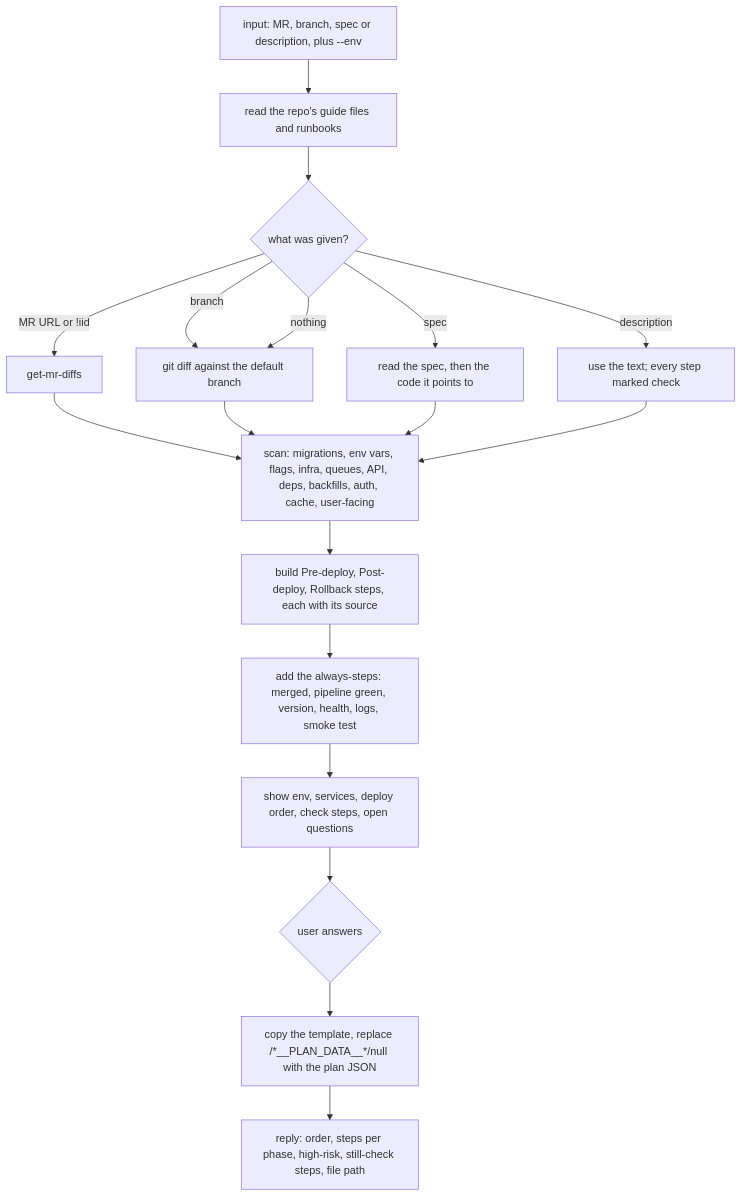
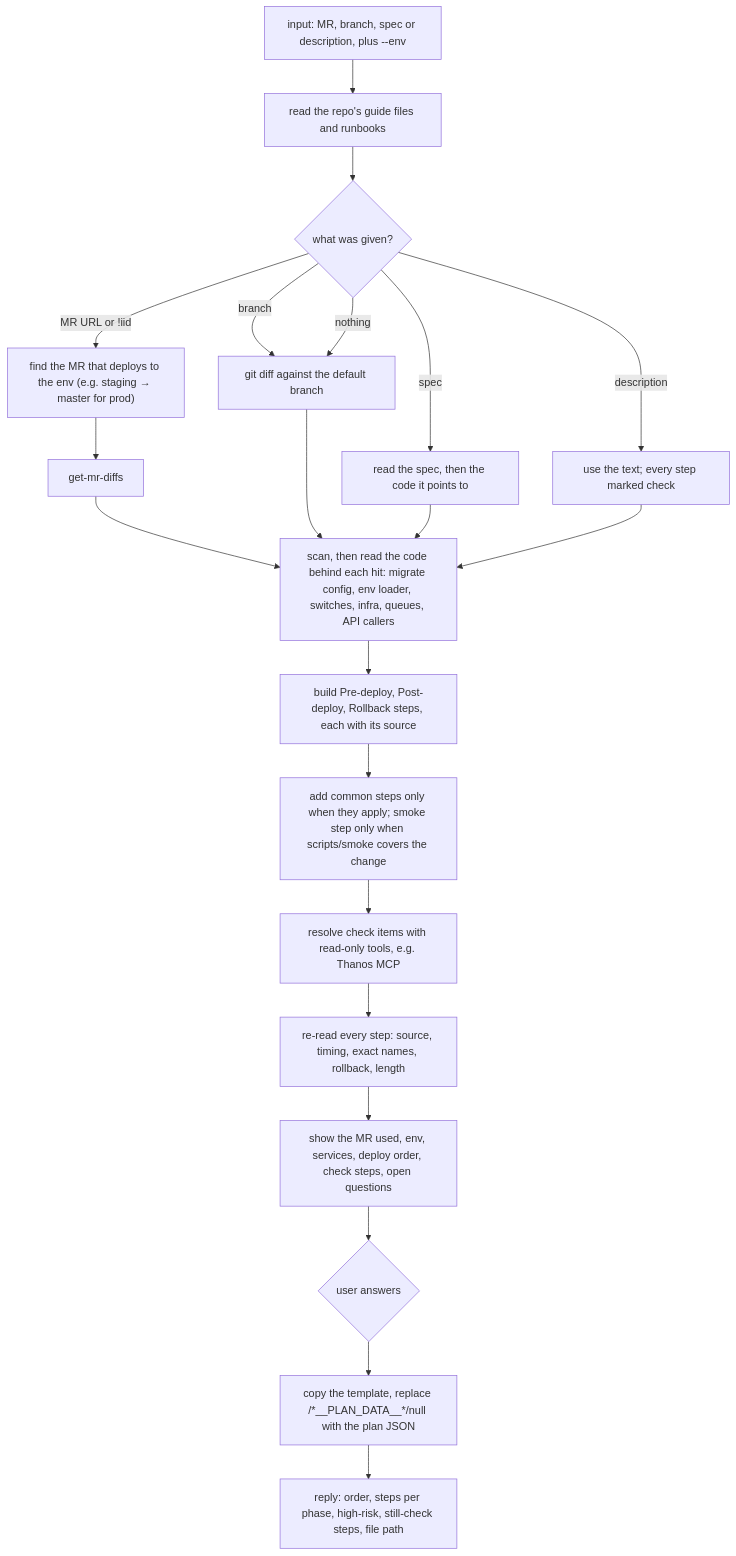
Before and after one commit to naphatwx/naphatwx-tools: the first of 2 diagrams in plugins/naphatwx-tools/skills/deploy-plan/README.md, drawn with Mermaid. The commit also changed other lines of this file and 5 other files, not shown here.

First line of the commit message:
feat(deploy-plan): steps come from the code, not the checklist

````diff
--- a/plugins/naphatwx-tools/skills/deploy-plan/README.md
+++ b/plugins/naphatwx-tools/skills/deploy-plan/README.md
@@ -24,20 +24,23 @@
 ```mermaid
 graph TD
     IN[input: MR, branch, spec or description, plus --env] --> G[read the repo's guide files and runbooks]
     G --> C{what was given?}
-    C -->|MR URL or !iid| M[get-mr-diffs]
+    C -->|MR URL or !iid| F["find the MR that deploys to the env (e.g. staging → master for prod)"]
+    F --> M[get-mr-diffs]
     C -->|branch| B["git diff against the default branch"]
     C -->|spec| S[read the spec, then the code it points to]
     C -->|description| D[use the text; every step marked check]
     C -->|nothing| B
     M --> SC
     B --> SC
     S --> SC
     D --> SC
-    SC[scan: migrations, env vars, flags, infra, queues, API, deps, backfills, auth, cache, user-facing] --> ST[build Pre-deploy, Post-deploy, Rollback steps, each with its source]
-    ST --> AL[add the always-steps: merged, pipeline green, version, health, logs, smoke test]
-    AL --> Q[show env, services, deploy order, check steps, open questions]
+    SC[scan, then read the code behind each hit: migrate config, env loader, switches, infra, queues, API callers] --> ST[build Pre-deploy, Post-deploy, Rollback steps, each with its source]
+    ST --> AL[add common steps only when they apply; smoke step only when scripts/smoke covers the change]
+    AL --> RT[resolve check items with read-only tools, e.g. Thanos MCP]
+    RT --> RR[re-read every step: source, timing, exact names, rollback, length]
+    RR --> Q[show the MR used, env, services, deploy order, check steps, open questions]
     Q --> W{user answers}
     W --> H["copy the template, replace /*__PLAN_DATA__*/null with the plan JSON"]
     H --> R[reply: order, steps per phase, high-risk, still-check steps, file path]
 ```
````
